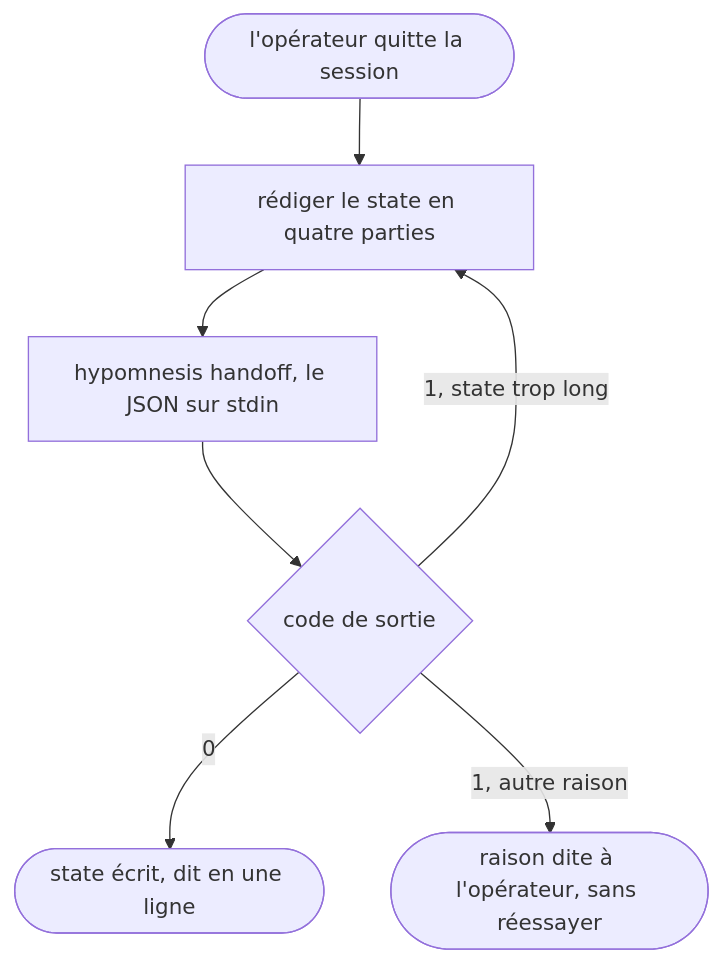
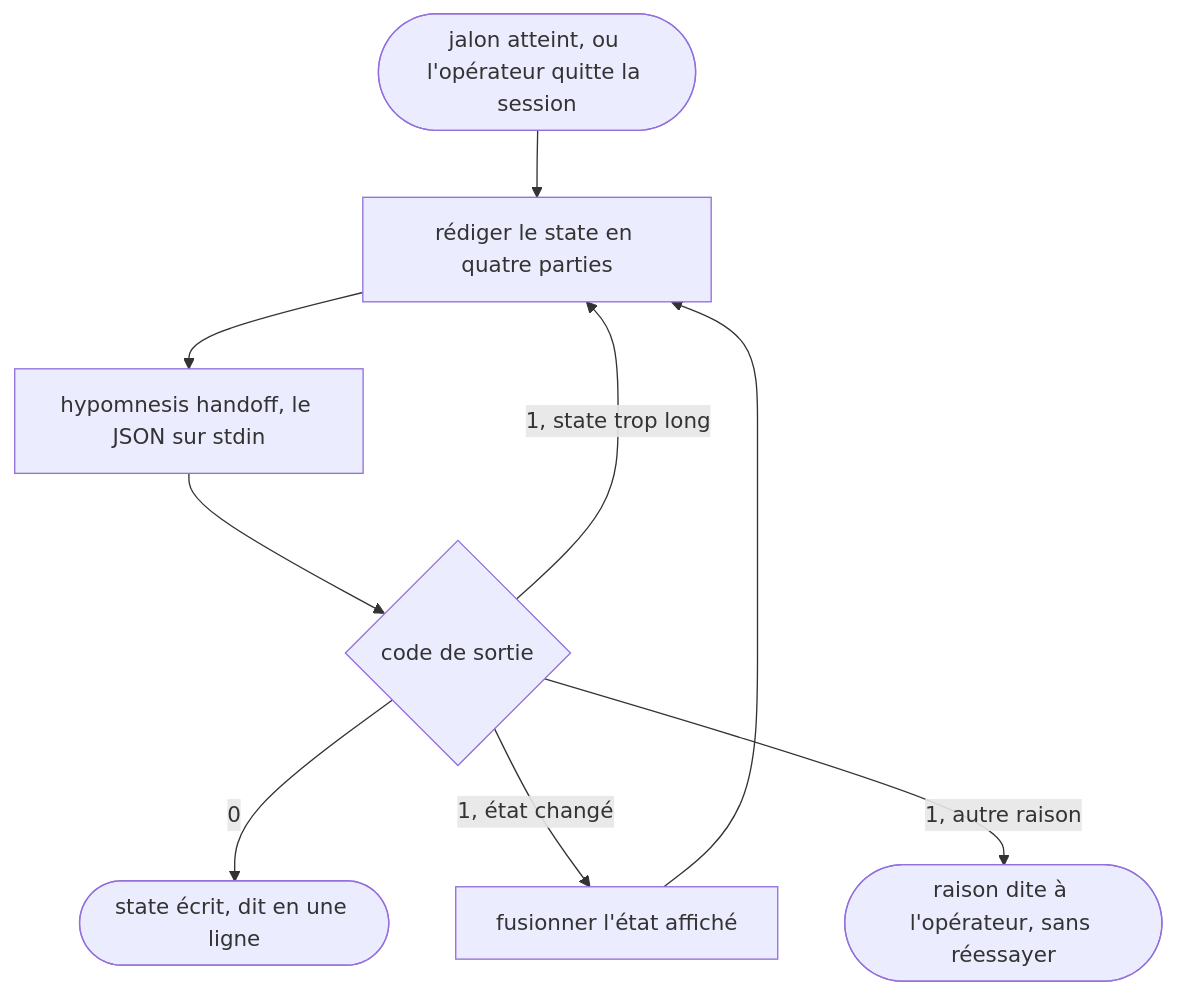
One commit to kevpdev/agent-config changed the diagram in skills/hypomnesis-handoff/SKILL.md. Above: the diagram before and after it, drawn with Mermaid. The commit also changed other lines of this file, not shown here.

Commit message:
feat(skills): trigger hypomnesis-handoff at each milestone of a session (#115)

````diff
--- a/skills/hypomnesis-handoff/SKILL.md
+++ b/skills/hypomnesis-handoff/SKILL.md
@@ -17,9 +25,10 @@
 ```mermaid
 flowchart TD
-  entree([l'opérateur quitte la session]) --> redige[rédiger le state en quatre parties]
+  entree([jalon atteint, ou l'opérateur quitte la session]) --> redige[rédiger le state en quatre parties]
   redige --> appel[hypomnesis handoff, le JSON sur stdin]
   appel --> code{code de sortie}
   code -->|0| ok([state écrit, dit en une ligne])
   code -->|1, state trop long| redige
+  code -->|1, état changé| fusion[fusionner l'état affiché] --> redige
   code -->|1, autre raison| arret([raison dite à l'opérateur, sans réessayer])
 ```
````
